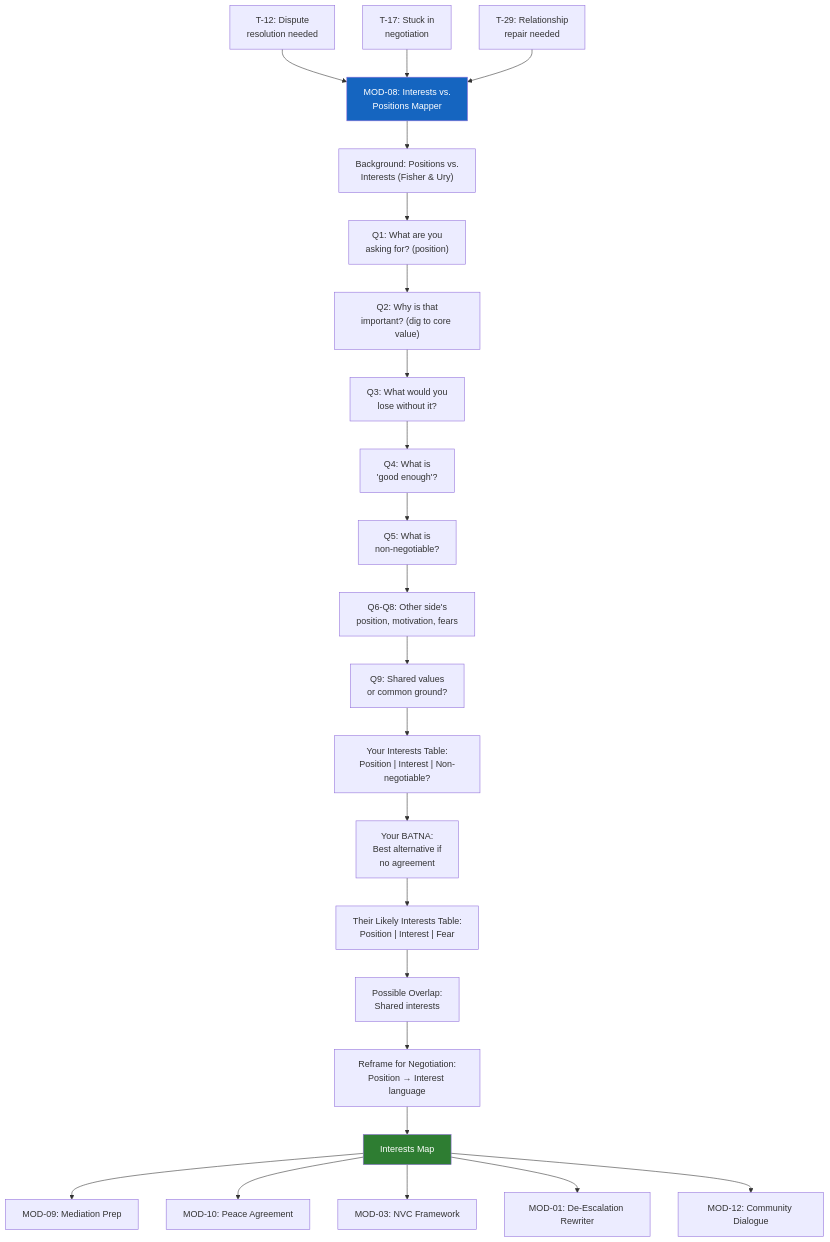
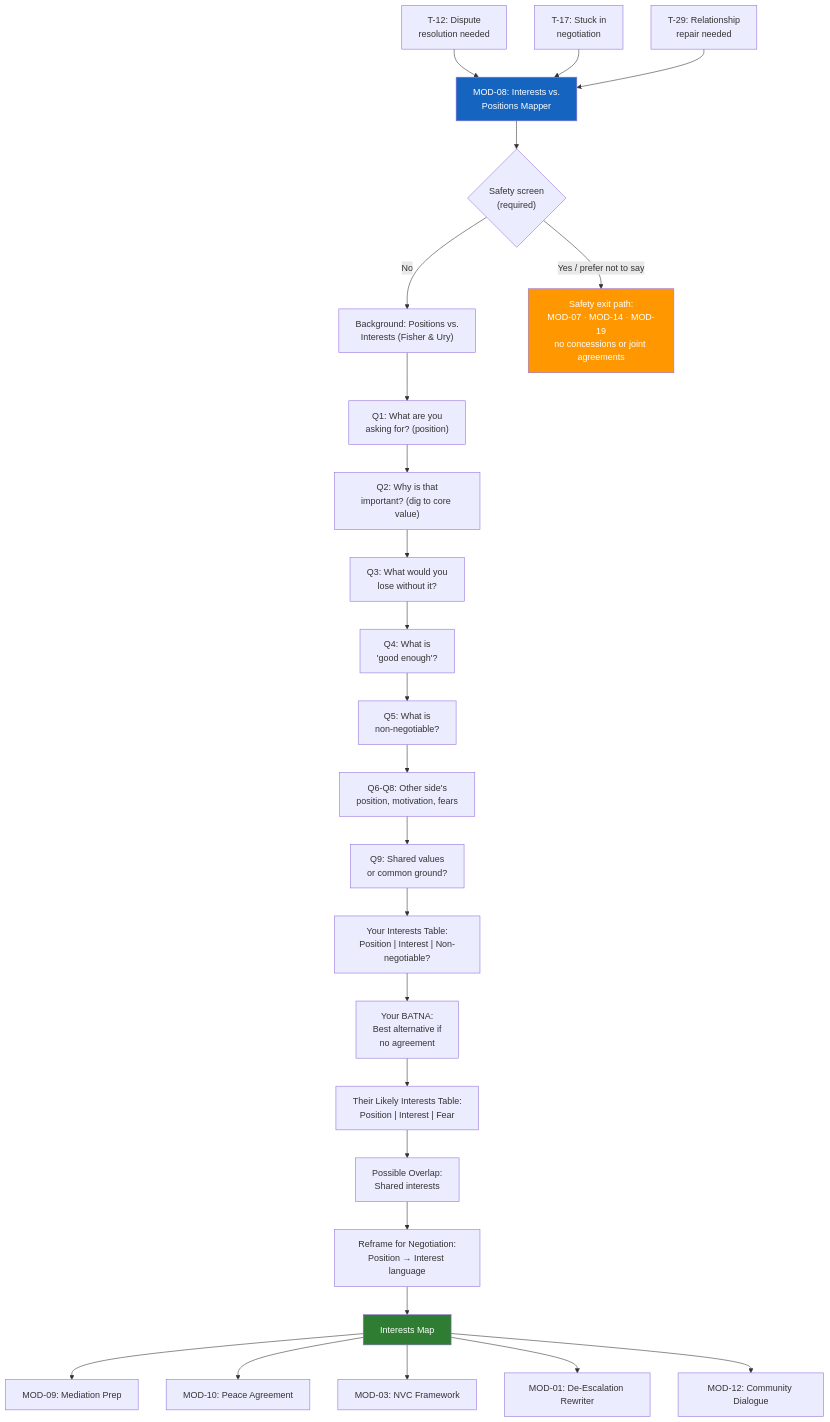
Before and after one commit to dougdevitre/access-to-peace: the diagram in modules/MOD-08-interests-positions.md, drawn with Mermaid. The commit also changed other lines of this file and 23 other files, not shown here.

````diff
--- a/modules/MOD-08-interests-positions.md
+++ b/modules/MOD-08-interests-positions.md
@@ -17,33 +17,36 @@
 ```mermaid
 flowchart TD
     T12["T-12: Dispute\nresolution needed"] --> ENTRY
     T17["T-17: Stuck in\nnegotiation"] --> ENTRY
     T29["T-29: Relationship\nrepair needed"] --> ENTRY
 
-    ENTRY["MOD-08: Interests vs.\nPositions Mapper"]:::blue --> BG["Background: Positions vs.\nInterests (Fisher & Ury)"]
+    ENTRY["MOD-08: Interests vs.\nPositions Mapper"]:::blue --> SCREEN{"Safety screen\n(required)"}
+    SCREEN -- "No" --> BG["Background: Positions vs.\nInterests (Fisher & Ury)"]
+    SCREEN -- "Yes / prefer not to say" --> EXIT["Safety exit path:\nMOD-07 · MOD-14 · MOD-19\nno concessions or joint agreements"]
+    style EXIT fill:#ff9800,color:#fff
     BG --> YOUR1["Q1: What are you\nasking for? (position)"]
     YOUR1 --> YOUR2["Q2: Why is that\nimportant? (dig to core value)"]
     YOUR2 --> YOUR3["Q3: What would you\nlose without it?"]
     YOUR3 --> YOUR4["Q4: What is\n'good enough'?"]
     YOUR4 --> YOUR5["Q5: What is\nnon-negotiable?"]
 
     YOUR5 --> THEIR["Q6-Q8: Other side's\nposition, motivation, fears"]
     THEIR --> OVERLAP["Q9: Shared values\nor common ground?"]
 
     OVERLAP --> MAP_YOU["Your Interests Table:\nPosition | Interest | Non-negotiable?"]
     MAP_YOU --> BATNA["Your BATNA:\nBest alternative if\nno agreement"]
     BATNA --> MAP_THEM["Their Likely Interests Table:\nPosition | Interest | Fear"]
     MAP_THEM --> COMMON["Possible Overlap:\nShared interests"]
     COMMON --> REFRAME["Reframe for Negotiation:\nPosition → Interest language"]
 
     REFRAME --> OUTPUT["Interests Map"]:::green
 
     OUTPUT --> MOD09["MOD-09: Mediation Prep"]
     OUTPUT --> MOD10["MOD-10: Peace Agreement"]
     OUTPUT --> MOD03["MOD-03: NVC Framework"]
     OUTPUT --> MOD01["MOD-01: De-Escalation Rewriter"]
     OUTPUT --> MOD12["MOD-12: Community Dialogue"]
 
     classDef blue fill:#1565c0,color:#fff
     classDef green fill:#2e7d32,color:#fff
 ```
````
